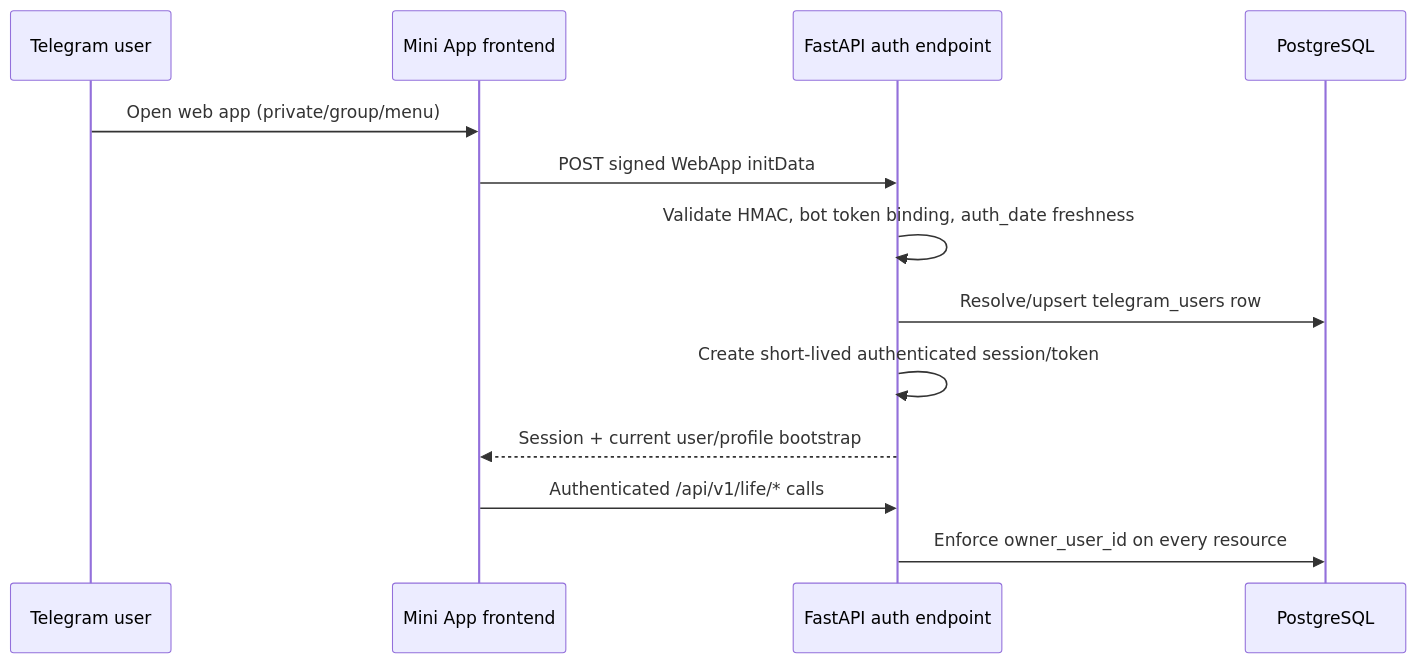
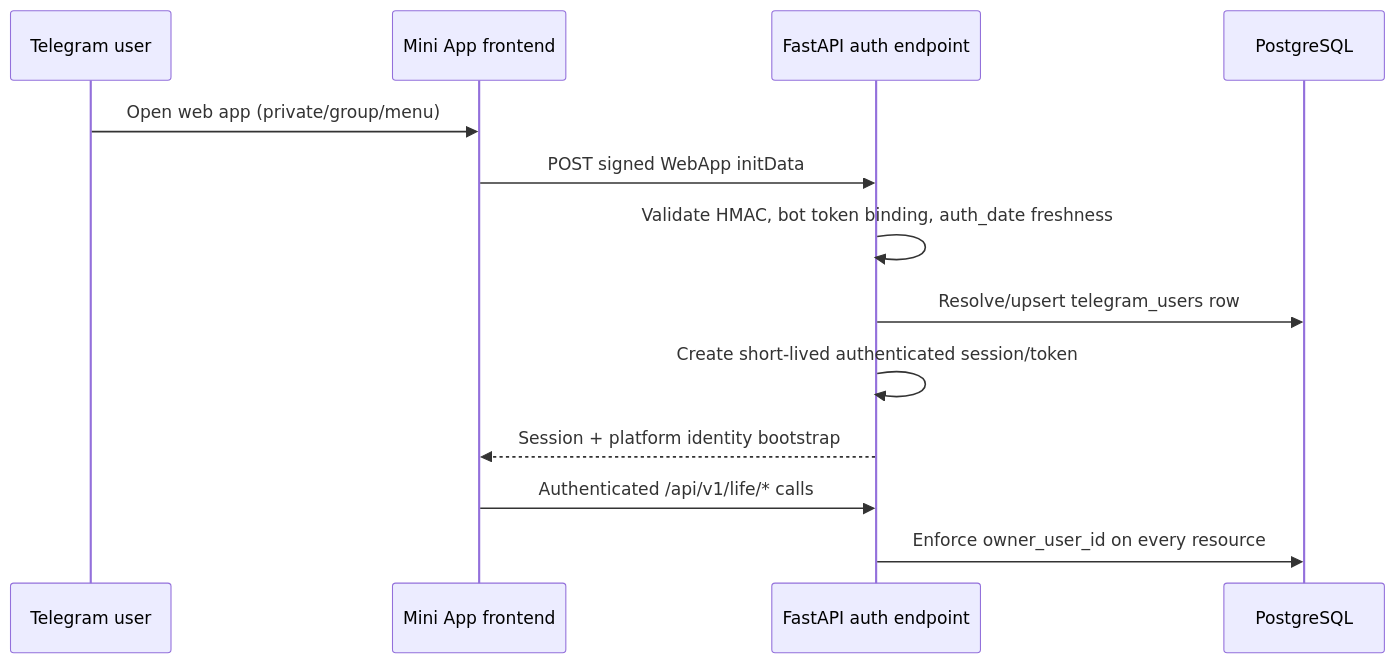
One commit to maulanahusains/telegram-bot changed the third of 3 diagrams in life-docs/ARCHITECTURE.md. Above: the diagram before and after it, drawn with Mermaid. The commit also changed other lines of this file and 26 other files, not shown here.

First line of the commit message:
feat(auth): implement platform-level user authentication for Telegram Mini Apps

````diff
--- a/life-docs/ARCHITECTURE.md
+++ b/life-docs/ARCHITECTURE.md
@@ -79,15 +79,15 @@
 ```mermaid
 sequenceDiagram
     participant U as Telegram user
     participant M as Mini App frontend
     participant A as FastAPI auth endpoint
     participant D as PostgreSQL
     U->>M: Open web app (private/group/menu)
     M->>A: POST signed WebApp initData
     A->>A: Validate HMAC, bot token binding, auth_date freshness
     A->>D: Resolve/upsert telegram_users row
     A->>A: Create short-lived authenticated session/token
-    A-->>M: Session + current user/profile bootstrap
+    A-->>M: Session + platform identity bootstrap
     M->>A: Authenticated /api/v1/life/* calls
     A->>D: Enforce owner_user_id on every resource
 ```
````
